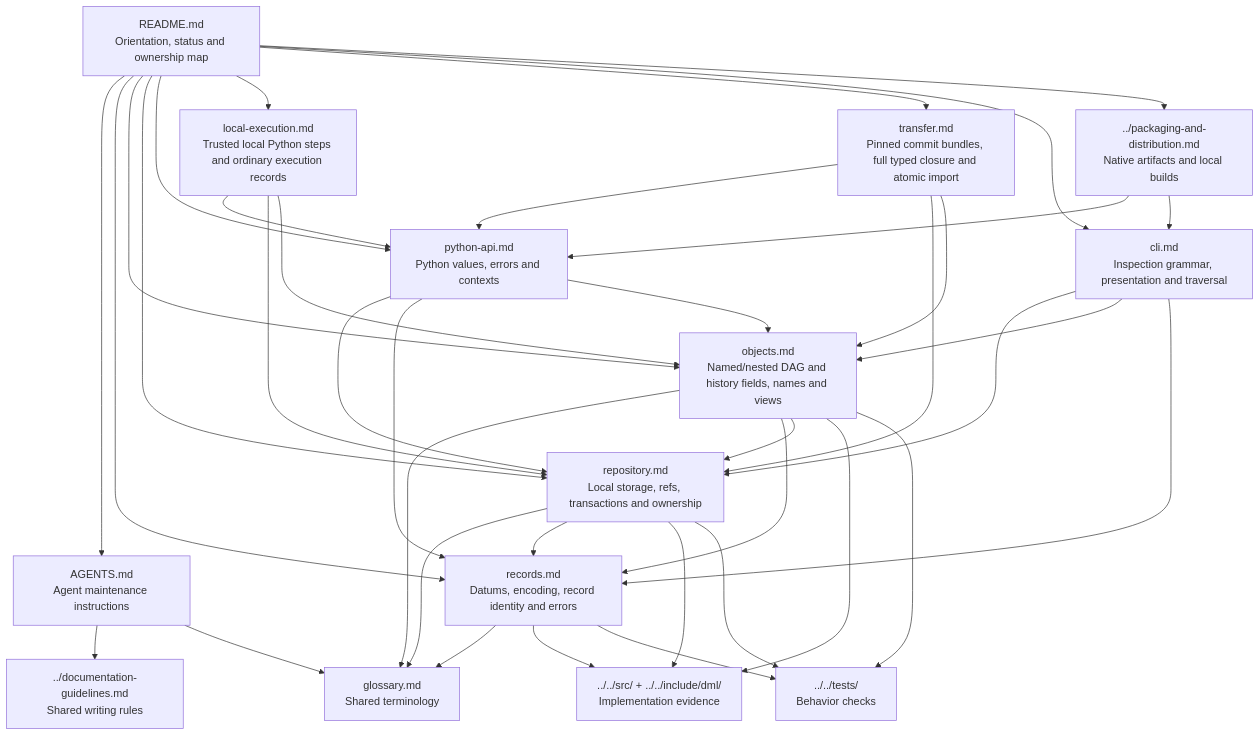
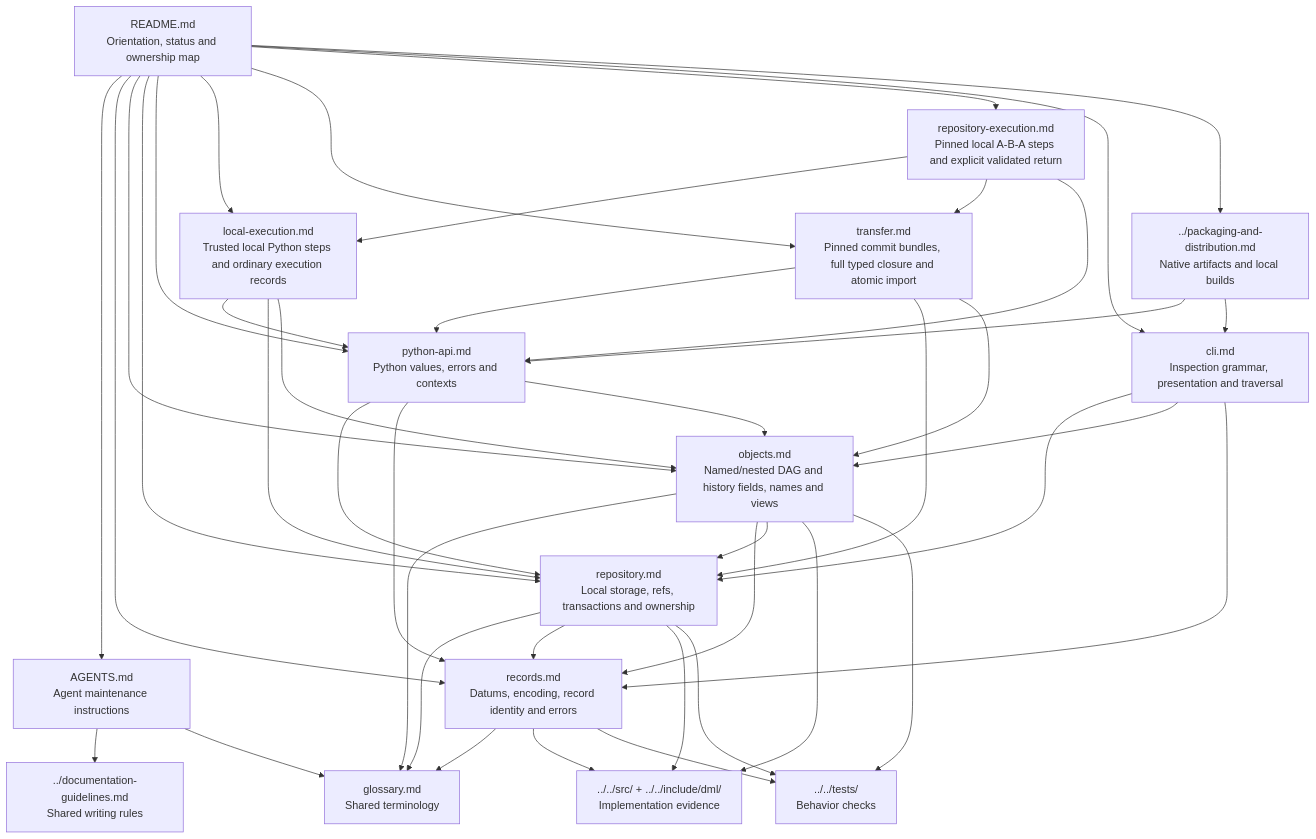
One commit to micha/dml changed the diagram in docs/spec-next/README.md. Above: the diagram before and after it, drawn with Mermaid. The commit also changed other lines of this file and 15 other files, not shown here.

First line of the commit message:
Execute pinned steps across independent local repositories

````diff
--- a/docs/spec-next/README.md
+++ b/docs/spec-next/README.md
@@ -35,54 +35,59 @@
 ```mermaid
 flowchart TD
     README["README.md<br/>Orientation, status and ownership map"]
     AGENTS["AGENTS.md<br/>Agent maintenance instructions"]
     GUIDE["../documentation-guidelines.md<br/>Shared writing rules"]
     GLOSSARY["glossary.md<br/>Shared terminology"]
     RECORDS["records.md<br/>Datums, encoding, record identity and errors"]
     OBJECTS["objects.md<br/>Named/nested DAG and history fields, names and views"]
     REPO["repository.md<br/>Local storage, refs, transactions and ownership"]
     PY["python-api.md<br/>Python values, errors and contexts"]
     LOCAL["local-execution.md<br/>Trusted local Python steps and ordinary execution records"]
     TRANSFER["transfer.md<br/>Pinned commit bundles, full typed closure and atomic import"]
+    EXCHANGE["repository-execution.md<br/>Pinned local A-B-A steps and explicit validated return"]
     CLI["cli.md<br/>Inspection grammar, presentation and traversal"]
     PACK["../packaging-and-distribution.md<br/>Native artifacts and local builds"]
     CODE["../../src/ + ../../include/dml/<br/>Implementation evidence"]
     TESTS["../../tests/<br/>Behavior checks"]
     README --> AGENTS
     README --> RECORDS
     README --> OBJECTS
     README --> REPO
     README --> PY
     README --> LOCAL
     README --> TRANSFER
+    README --> EXCHANGE
+    EXCHANGE --> LOCAL
+    EXCHANGE --> TRANSFER
+    EXCHANGE --> PY
     README --> CLI
     README --> PACK
     PY --> REPO
     PY --> RECORDS
     PY --> OBJECTS
     LOCAL --> PY
     LOCAL --> REPO
     LOCAL --> OBJECTS
     TRANSFER --> PY
     TRANSFER --> REPO
     TRANSFER --> OBJECTS
     CLI --> REPO
     CLI --> OBJECTS
     CLI --> RECORDS
     PACK --> PY
     PACK --> CLI
     AGENTS --> GUIDE
     AGENTS --> GLOSSARY
     RECORDS --> GLOSSARY
     OBJECTS --> GLOSSARY
     OBJECTS --> RECORDS
     OBJECTS --> REPO
     OBJECTS --> CODE
     OBJECTS --> TESTS
     REPO --> GLOSSARY
     REPO --> RECORDS
     RECORDS --> CODE
     RECORDS --> TESTS
     REPO --> CODE
     REPO --> TESTS
 ```
````
